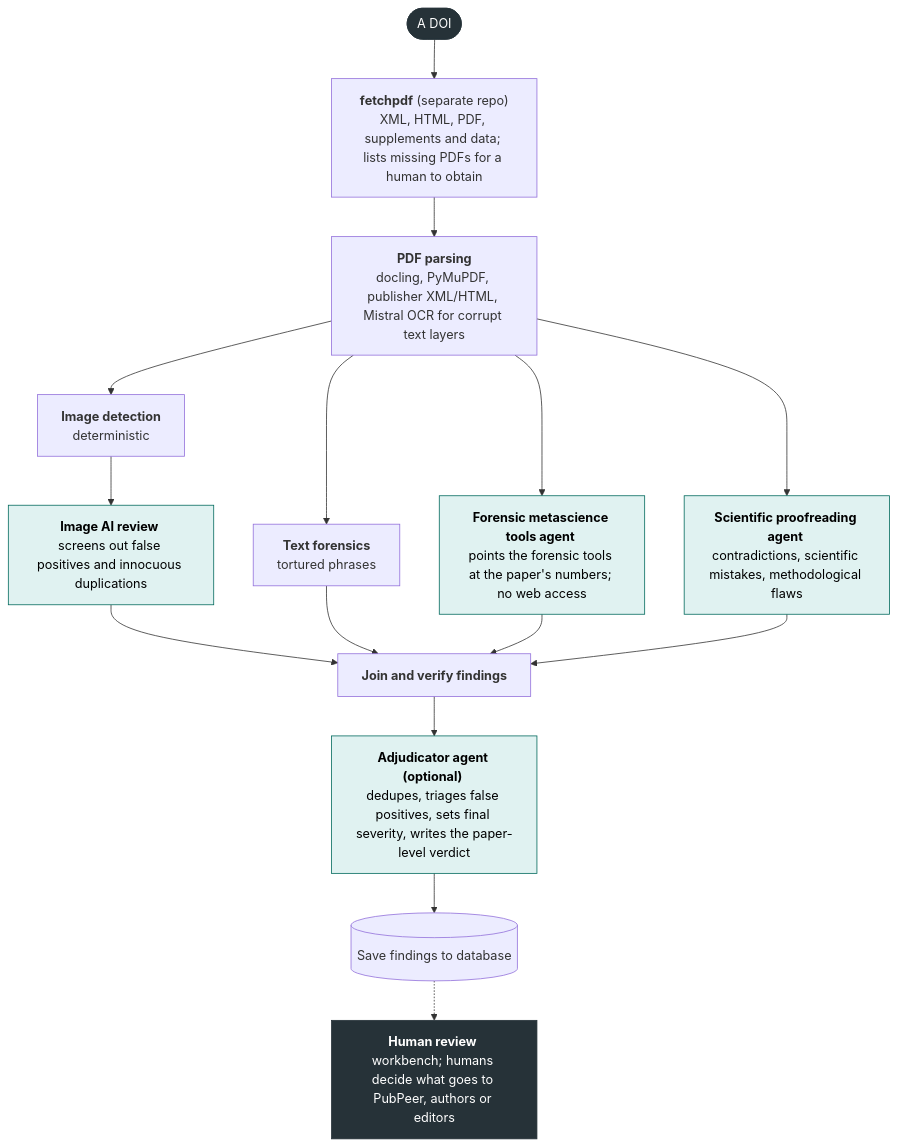
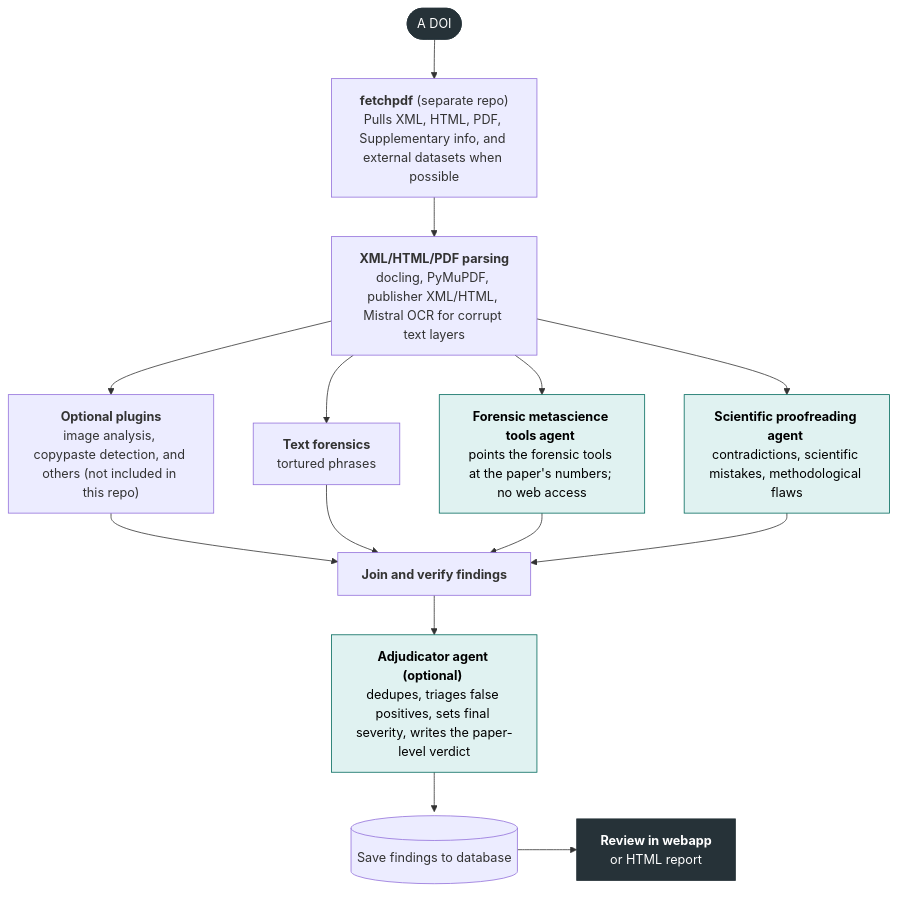
The diagram in README.md (The-Metascience-Observatory/forensic-metascience-ai-toolkit), drawn with Mermaid before and after one commit. The commit also changed other lines of this file and 40 other files, not shown here.

Commit message:
Severity ladder 1-9 -> 1-7: misconduct rungs removed; prompts, schemas, docs, generated constants (other sessions' work, committed together)

````diff
--- a/README.md
+++ b/README.md
@@ -137,26 +133,35 @@
 ```mermaid
+%%{init: {"flowchart":{"subGraphTitleMargin":{"top":-30,"bottom":0}}}}%%
 flowchart TD
-    doi(["A DOI"]) --> fetch["<b>fetchpdf</b> (separate repo)<br/>XML, HTML, PDF, supplements and data; lists missing PDFs for a human to obtain"]
-    fetch --> parse["<b>PDF parsing</b><br/>docling, PyMuPDF, publisher XML/HTML, Mistral OCR for corrupt text layers"]
+    doi(["A DOI"]) --> fetch["<b>fetchpdf</b> (separate repo)<br/>Pulls XML, HTML, PDF, Supplementary info, and external datasets when possible"]
+    fetch --> parse["<b>XML/HTML/PDF parsing</b><br/>docling, PyMuPDF, publisher XML/HTML, Mistral OCR for corrupt text layers"]
 
-    parse --> img["<b>Image detection</b><br/>deterministic"]
+    parse --> img["<b>Optional plugins</b><br/>image analysis, copypaste detection, and others (not included in this repo)"]
     parse --> txt["<b>Text forensics</b><br/>tortured phrases"]
     parse --> tools["<b>Forensic metascience tools agent</b> <br/>points the forensic tools at the paper's numbers; no web access"]
     parse --> sci["<b>Scientific proofreading agent</b> <br/>contradictions, scientific mistakes, methodological flaws"]
-    img --> imgrev["<b>Image AI review</b> <br/>screens out false positives and innocuous duplications"]
 
-    imgrev --> join["<b>Join and verify findings</b>"]
+    img --> join["<b>Join and verify findings</b>"]
     txt --> join
     tools --> join
     sci --> join
 
     join --> adj["<b>Adjudicator agent (optional)</b> <br/>dedupes, triages false positives, sets final severity, writes the paper-level verdict"]
-    adj --> db[("Save findings to database")]
-    db -.-> human["<b>Human review</b> <br/>workbench; humans decide what goes to PubPeer, authors or editors"]
+    adj --> out
+    subgraph out[" "]
+        direction LR
+        pad["<b>Review in webapp</b><br/>or HTML report"] ~~~ db[("Save findings to database")] --> human["<b>Review in webapp</b><br/>or HTML report"]
+    end
+    style out fill:none,stroke:none
 
     classDef agent fill:#e0f2f1,stroke:#00695c,color:#000
     classDef ink fill:#263238,stroke:#263238,color:#fff
-    class tools,sci,imgrev,adj agent
+    class tools,sci,adj agent
     class doi,human ink
+    %% The database and review boxes sit in an LR subgraph so they share a row with a real arrow.
+    %% pad is an invisible copy of the review box; it centres the database box under the adjudicator.
+    %% The init line's negative top margin removes the subgraph title gap so the adjudicator's arrow reaches the database box.
+    classDef ghost fill:none,stroke:none,color:transparent
+    class pad ghost
     click fetch href "https://github.com/The-Metascience-Observatory/fetchpdf" _blank
 ```
````
